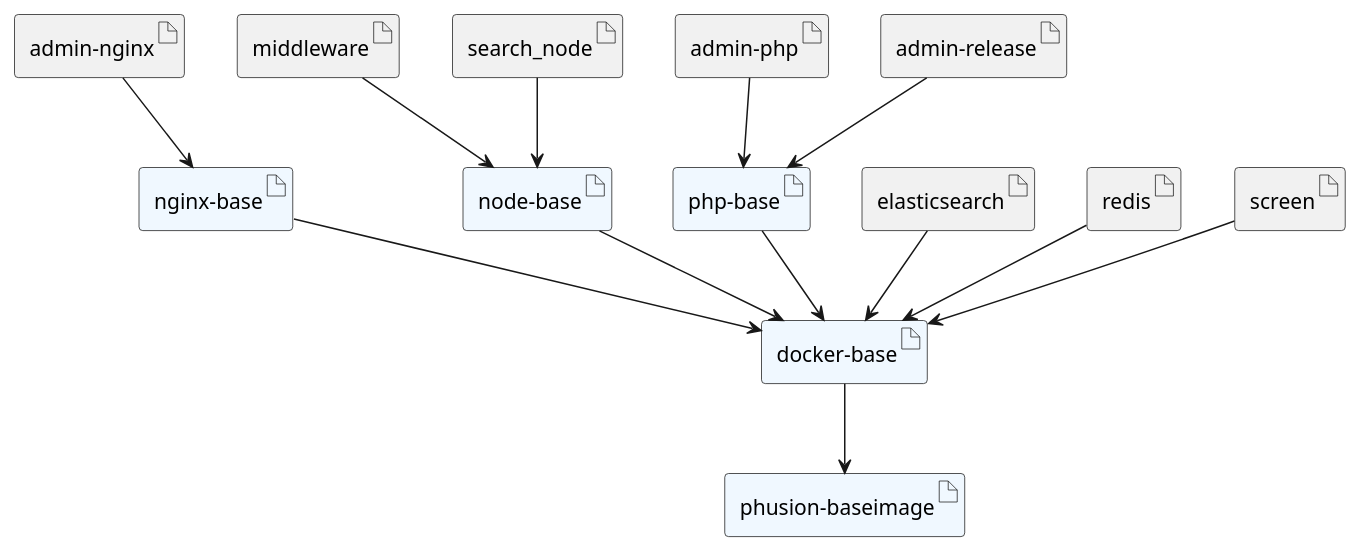
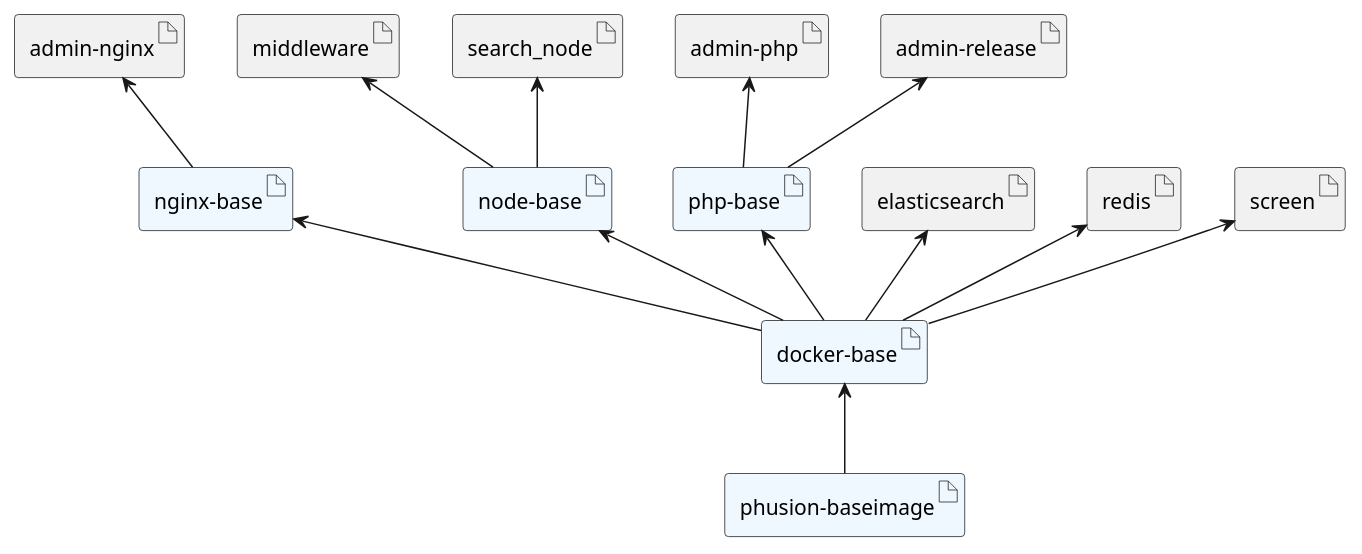
Before and after one commit to rvk-utd/os2display-docker: the diagram in documentation/diagrams/image-hierarchy.plantuml, drawn with PlantUML. The commit also changed 1 other file, not shown here.

```diff
--- a/documentation/diagrams/image-hierarchy.plantuml
+++ b/documentation/diagrams/image-hierarchy.plantuml
@@ -1,31 +1,31 @@
 @startuml
 
 artifact phusion_baseimage as "phusion-baseimage" #AliceBlue
 artifact docker_base as "docker-base" #AliceBlue
 artifact nginx_base as "nginx-base"  #AliceBlue
 artifact node_base as "node-base" #AliceBlue
 artifact php_base as "php-base" #AliceBlue
 artifact admin_nginx as "admin-nginx"
 artifact admin_php as "admin-php"
 artifact admin_release as "admin-release"
 artifact elasticsearch
 artifact middleware
 artifact redis
 artifact search_node
 artifact screen
 
-docker_base --> phusion_baseimage
-nginx_base --> docker_base
-node_base --> docker_base
-php_base --> docker_base
+docker_base <-- phusion_baseimage
+nginx_base <-- docker_base
+node_base <-- docker_base
+php_base <-- docker_base
 
-screen --> docker_base
-admin_nginx --> nginx_base
-admin_php --> php_base
-elasticsearch --> docker_base
-search_node --> node_base
-middleware --> node_base
-admin_release --> php_base
-redis --> docker_base
+screen <-- docker_base
+admin_nginx <-- nginx_base
+admin_php <-- php_base
+elasticsearch <-- docker_base
+search_node <-- node_base
+middleware <-- node_base
+admin_release <-- php_base
+redis <-- docker_base
 
 @enduml
```
